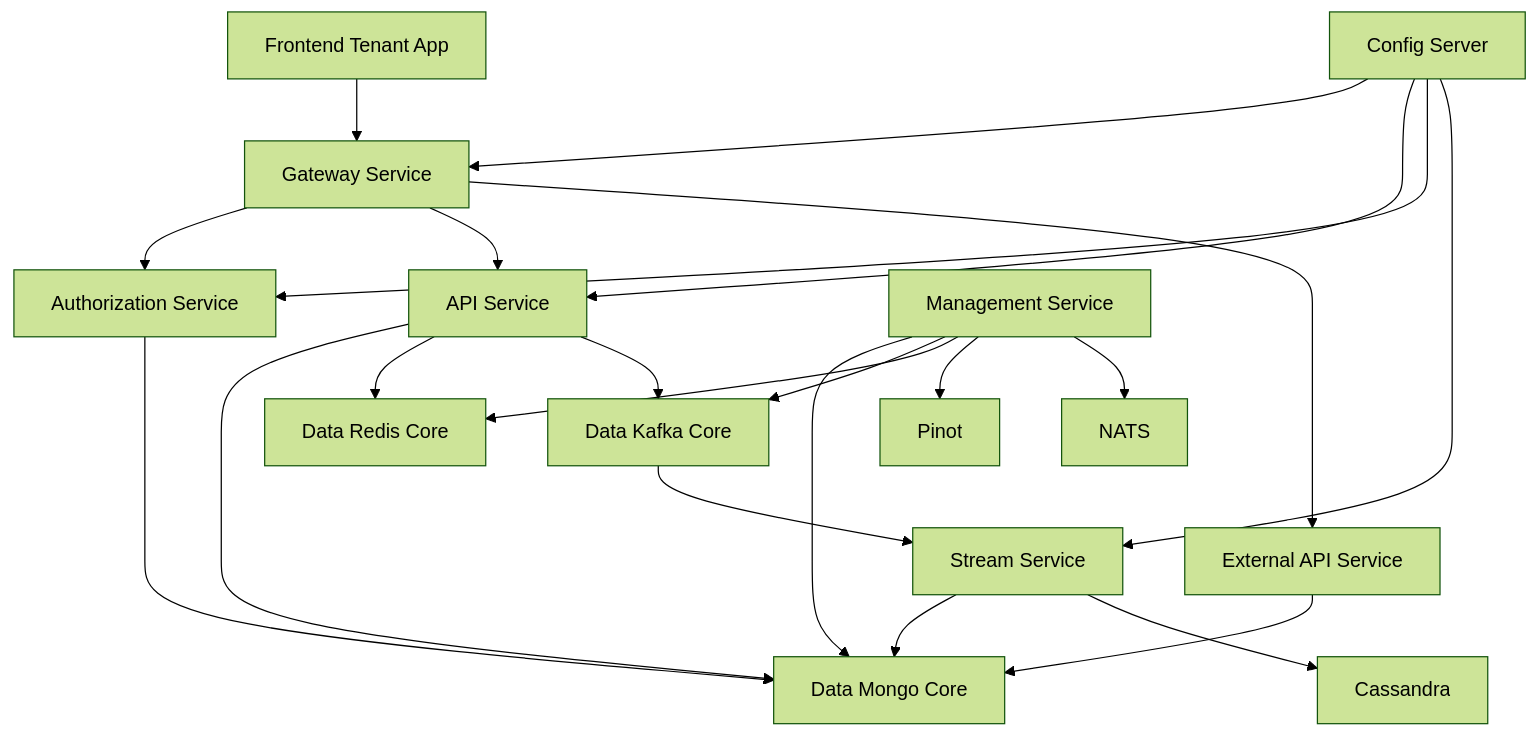
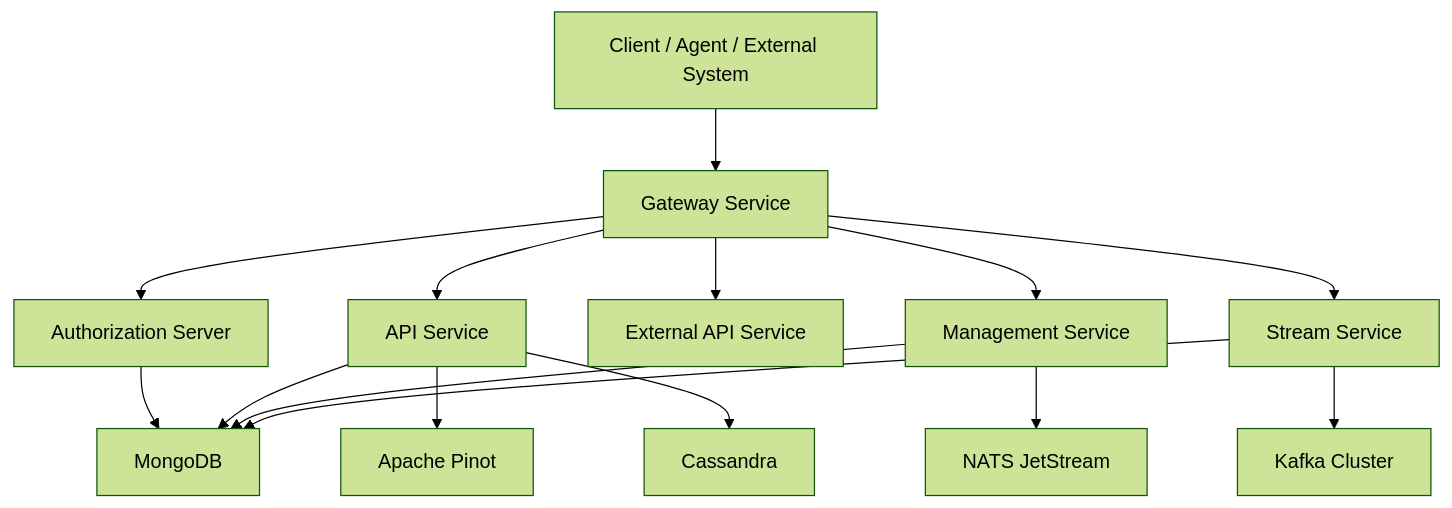
The first of 5 diagrams in docs/architecture/README.md (Praesto-Pro/openframe-oss-tenant), drawn with Mermaid (forest theme) before and after one commit. The commit also changed other lines of this file and 149 other files, not shown here.

````diff
--- a/docs/architecture/README.md
+++ b/docs/architecture/README.md
@@ -25,29 +43,22 @@
 ```mermaid
 flowchart TD
-    User["Frontend Tenant App"] --> Gateway["Gateway Service"]
-    Gateway --> Authz["Authorization Service"]
+    Client["Client / Agent / External System"] --> Gateway["Gateway Service"]
+
+    Gateway --> Auth["Authorization Server"]
     Gateway --> Api["API Service"]
     Gateway --> ExternalApi["External API Service"]
+    Gateway --> Management["Management Service"]
+    Gateway --> Stream["Stream Service"]
 
-    Api --> Mongo["Data Mongo Core"]
-    Api --> Redis["Data Redis Core"]
-    Api --> Kafka["Data Kafka Core"]
+    Auth --> Mongo["MongoDB"]
+    Api --> Mongo
+    Management --> Mongo
 
-    ExternalApi --> Mongo
-    Authz --> Mongo
+    Stream --> Kafka["Kafka Cluster"]
+    Stream --> Mongo
 
-    Kafka --> Stream["Stream Service"]
-    Stream --> Mongo
-    Stream --> Cassandra["Cassandra"]
+    Api --> Pinot["Apache Pinot"]
+    Api --> Cassandra["Cassandra"]
 
-    Management["Management Service"] --> Mongo
-    Management --> Kafka
-    Management --> Redis
-    Management --> Pinot["Pinot"]
-    Management --> NATS["NATS"]
-
-    Config["Config Server"] --> Gateway
-    Config --> Api
-    Config --> Authz
-    Config --> Stream
+    Management --> Nats["NATS JetStream"]
 ```
````
